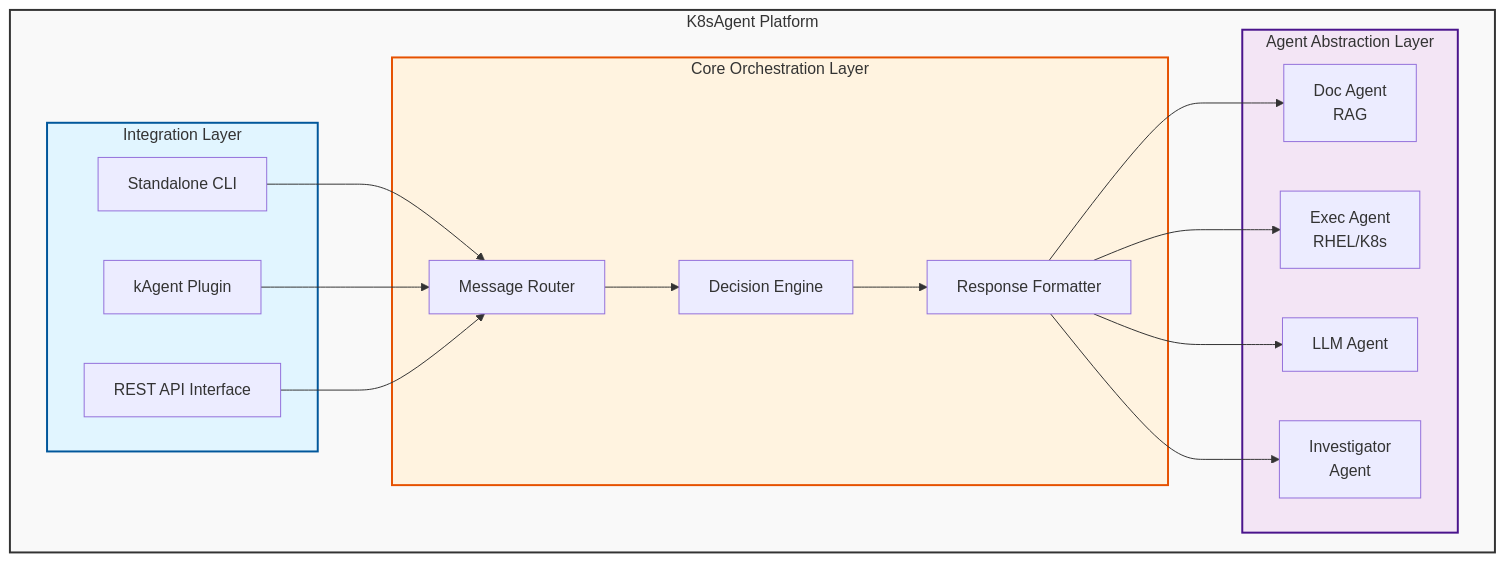
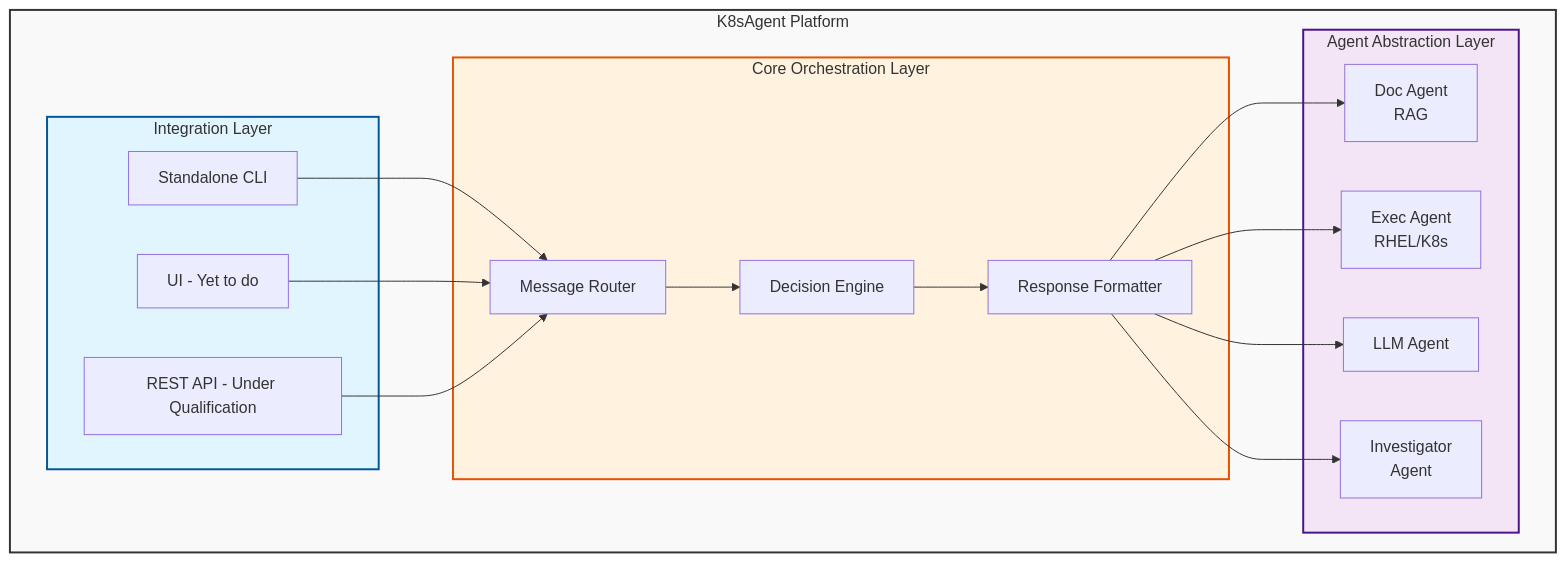
One commit to Ram1288/hackathon changed the first of 5 diagrams in README.md. Above: the diagram before and after it, drawn with Mermaid. The commit also changed other lines of this file, not shown here.

Commit message:
Update README: Replace kAgent plugin with UI, mark UI as yet to do and API under qualification

````diff
--- a/README.md
+++ b/README.md
@@ -20,38 +20,38 @@
 ```mermaid
 graph TB
     subgraph Platform["K8sAgent Platform"]
         subgraph Integration["Integration Layer"]
             CLI[Standalone CLI]
-            kAgent[kAgent Plugin]
-            API[REST API Interface]
+            UI[UI - Yet to do]
+            API[REST API - Under Qualification]
         end
         
         subgraph Orchestration["Core Orchestration Layer"]
             Router[Message Router]
             Engine[Decision Engine]
             Formatter[Response Formatter]
             Router --> Engine --> Formatter
         end
         
         subgraph Agents["Agent Abstraction Layer"]
             DocAgent[Doc Agent<br/>RAG]
             ExecAgent[Exec Agent<br/>RHEL/K8s]
             LLMAgent[LLM Agent]
             InvestigatorAgent[Investigator<br/>Agent]
         end
         
         CLI --> Router
-        kAgent --> Router
+        UI --> Router
         API --> Router
         
         Formatter --> DocAgent
         Formatter --> ExecAgent
         Formatter --> LLMAgent
         Formatter --> InvestigatorAgent
     end
     
     style Platform fill:#f9f9f9,stroke:#333,stroke-width:2px
     style Integration fill:#e1f5ff,stroke:#01579b,stroke-width:2px
     style Orchestration fill:#fff3e0,stroke:#e65100,stroke-width:2px
     style Agents fill:#f3e5f5,stroke:#4a148c,stroke-width:2px
 ```
````
